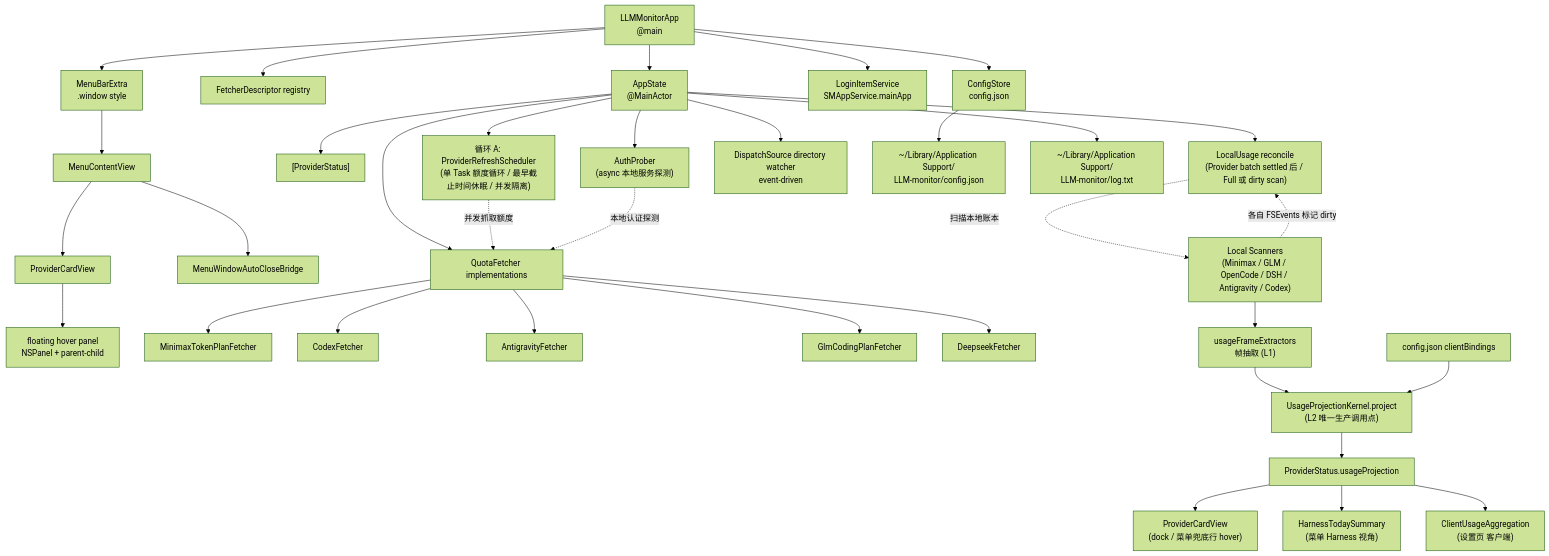
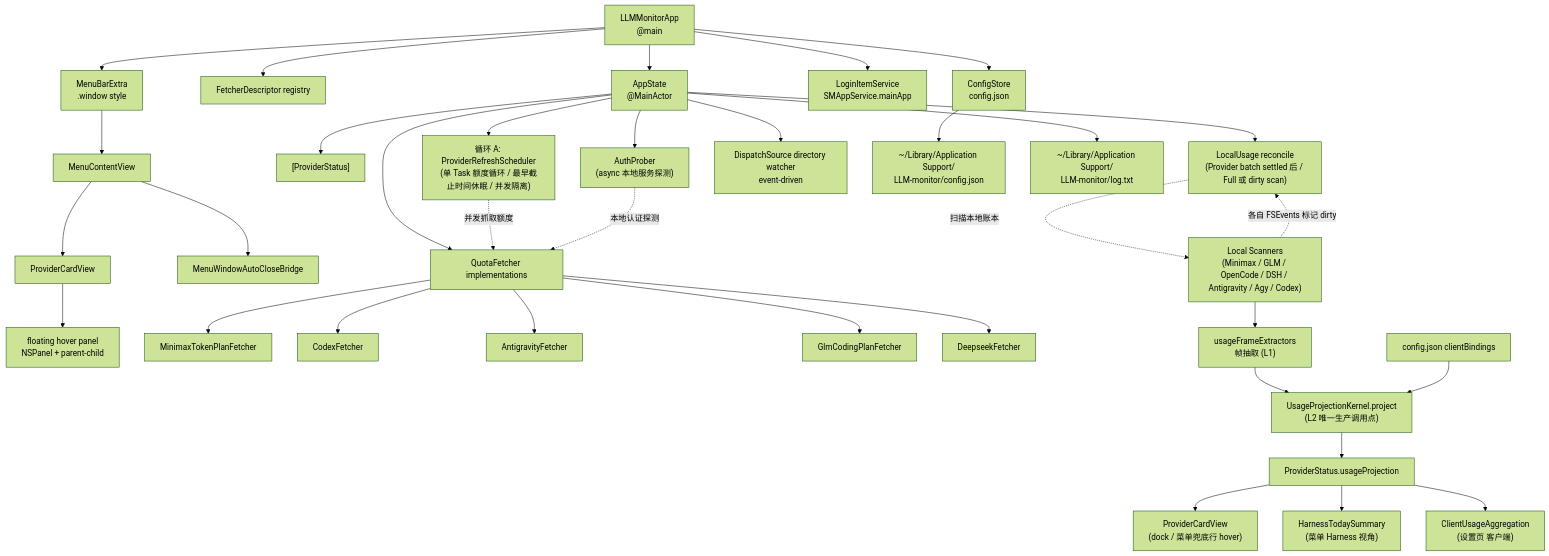
Before and after one commit to bigboyq/LLM-monitor: the diagram in spec/overview.md, drawn with Mermaid (forest theme). The commit also changed other lines of this file and 19 other files, not shown here.

````diff
--- a/spec/overview.md
+++ b/spec/overview.md
@@ -197,42 +201,42 @@
 ```mermaid
 flowchart TD
   App["LLMMonitorApp\n@main"] --> MenuBar["MenuBarExtra\n.window style"]
   App --> Descriptors["FetcherDescriptor registry"]
   App --> ConfigStore["ConfigStore\nconfig.json"]
   App --> LoginItem["LoginItemService\nSMAppService.mainApp"]
   App --> AppState["AppState\n@MainActor"]
 
   MenuBar --> MenuContentView["MenuContentView"]
   MenuContentView --> ProviderCardView["ProviderCardView"]
   MenuContentView --> AutoClose["MenuWindowAutoCloseBridge"]
   ProviderCardView --> HoverPanel["floating hover panel\nNSPanel + parent-child"]
 
   AppState --> Statuses["[ProviderStatus]"]
   AppState --> LoopA["循环 A: ProviderRefreshScheduler\n(单 Task 额度循环 / 最早截止时间休眠 / 并发隔离)"]
   AppState --> Reconcile["LocalUsage reconcile\n(Provider batch settled 后 / Full 或 dirty scan)"]
   AppState --> Prober["AuthProber\n(async 本地服务探测)"]
   AppState --> Watcher["DispatchSource directory watcher\nevent-driven"]
   AppState --> Fetchers["QuotaFetcher implementations"]
 
   LoopA -. 并发抓取额度 .-> Fetchers
   Prober -. 本地认证探测 .-> Fetchers
-  Reconcile -. 扫描本地账本 .-> Scanners["Local Scanners\n(Minimax / GLM / OpenCode / DSH / Antigravity / Codex)"]
+  Reconcile -. 扫描本地账本 .-> Scanners["Local Scanners\n(Minimax / GLM / OpenCode / DSH / Antigravity / Agy / Codex)"]
   Scanners -. 各自 FSEvents 标记 dirty .-> Reconcile
 
   Fetchers --> Minimax["MinimaxTokenPlanFetcher"]
   Fetchers --> Codex["CodexFetcher"]
   Fetchers --> Antigravity["AntigravityFetcher"]
   Fetchers --> GLM["GlmCodingPlanFetcher"]
   Fetchers --> Deepseek["DeepseekFetcher"]
 
   Scanners --> Frames["usageFrameExtractors\n帧抽取 (L1)"]
   Frames --> Kernel["UsageProjectionKernel.project\n(L2 唯一生产调用点)"]
   ConfigBindings["config.json clientBindings"] --> Kernel
   Kernel --> Projection["ProviderStatus.usageProjection"]
   Projection --> ProviderCard["ProviderCardView\n(dock / 菜单兜底行 hover)"]
   Projection --> Harness["HarnessTodaySummary\n(菜单 Harness 视角)"]
   Projection --> ClientsPane["ClientUsageAggregation\n(设置页 客户端)"]
 
   ConfigStore --> ConfigFile["~/Library/Application Support/\nLLM-monitor/config.json"]
   AppState --> LogFile["~/Library/Application Support/\nLLM-monitor/log.txt"]
 ```
````
